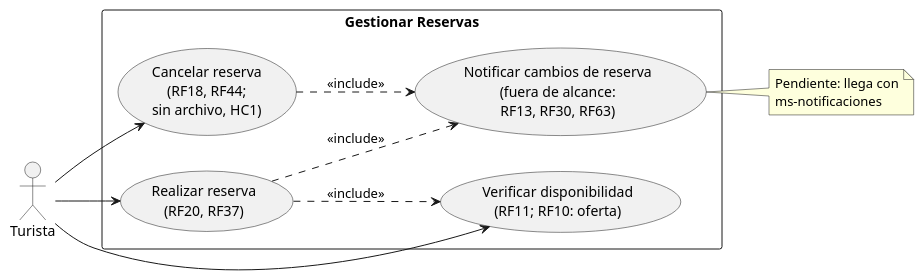
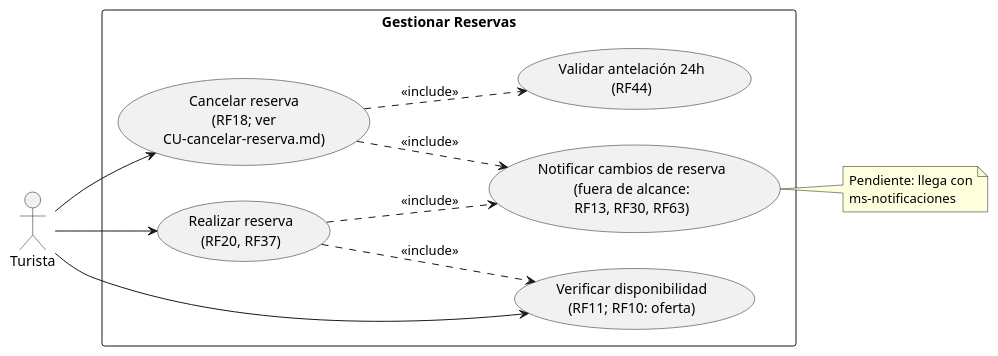
Before and after one commit to Al3jooo/SM_Tours_Aplication: the first of 4 diagrams in docs/casos-de-uso/CU-realizar-reserva.md, drawn with PlantUML. The commit also changed other lines of this file and 46 other files, not shown here.

````diff
--- a/docs/casos-de-uso/CU-realizar-reserva.md
+++ b/docs/casos-de-uso/CU-realizar-reserva.md
@@ -36,19 +36,21 @@
 ```plantuml
 @startuml
 left to right direction
 actor Turista
 rectangle "Gestionar Reservas" {
   usecase "Realizar reserva\n(RF20, RF37)" as RR
   usecase "Verificar disponibilidad\n(RF11; RF10: oferta)" as VD
   usecase "Notificar cambios de reserva\n(fuera de alcance:\nRF13, RF30, RF63)" as NC
-  usecase "Cancelar reserva\n(RF18, RF44;\nsin archivo, HC1)" as CR
+  usecase "Cancelar reserva\n(RF18; ver\nCU-cancelar-reserva.md)" as CR
+  usecase "Validar antelación 24h\n(RF44)" as VA
 }
 Turista --> RR
 Turista --> VD
 Turista --> CR
 RR ..> VD : <<include>>
 RR ..> NC : <<include>>
 CR ..> NC : <<include>>
+CR ..> VA : <<include>>
 note right of NC : Pendiente: llega con\nms-notificaciones
 @enduml
 ```
````
